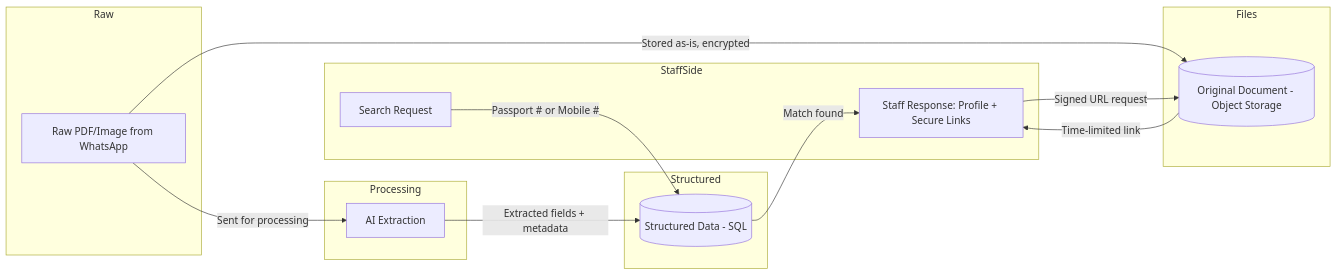
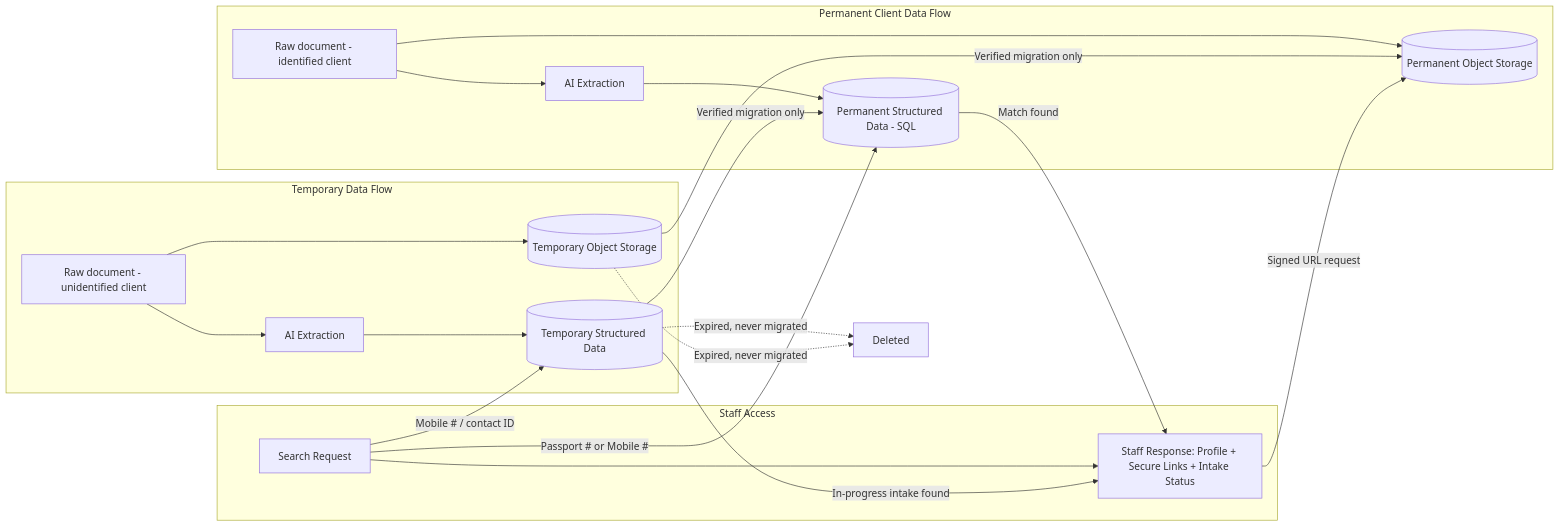
Before and after one commit to emlynk-pixel/EmlynkWABot: diagram 12 of 16 in Docs/WhatsApp-Document-Submission-Proposal.md, drawn with Mermaid. The commit also changed other lines of this file, not shown here.

Commit message:
docs: update WhatsApp-Document-Submission-Proposal.md to v2.0

````diff
--- a/Docs/WhatsApp-Document-Submission-Proposal.md
+++ b/Docs/WhatsApp-Document-Submission-Proposal.md
@@ -647,27 +961,27 @@
 ```mermaid
 flowchart LR
-    subgraph Raw
-        A[Raw PDF/Image from WhatsApp]
+    subgraph TempFlow[Temporary Data Flow]
+        A1[Raw document - unidentified client] --> B1[AI Extraction]
+        B1 --> C1[(Temporary Structured Data)]
+        A1 --> D1[(Temporary Object Storage)]
     end
-    subgraph Processing
-        B[AI Extraction]
+    subgraph PermFlow[Permanent Client Data Flow]
+        A2[Raw document - identified client] --> B2[AI Extraction]
+        B2 --> C2[(Permanent Structured Data - SQL)]
+        A2 --> D2[(Permanent Object Storage)]
     end
-    subgraph Structured
-        C[(Structured Data - SQL)]
-    end
-    subgraph Files
-        D[(Original Document - Object Storage)]
-    end
-    subgraph StaffSide
-        E[Search Request]
-        F[Staff Response: Profile + Secure Links]
+    subgraph StaffSide[Staff Access]
+        E[Search Request] --> F[Staff Response: Profile + Secure Links + Intake Status]
     end
 
-    A -->|Sent for processing| B
-    B -->|Extracted fields + metadata| C
-    A -->|Stored as-is, encrypted| D
-    E -->|Passport # or Mobile #| C
-    C -->|Match found| F
-    F -->|Signed URL request| D
-    D -->|Time-limited link| F
+    C1 -->|Verified migration only| C2
+    D1 -->|Verified migration only| D2
+    C1 -.->|Expired, never migrated| PURGE[Deleted]
+    D1 -.->|Expired, never migrated| PURGE
+
+    E -->|Passport # or Mobile #| C2
+    E -->|Mobile # / contact ID| C1
+    C2 -->|Match found| F
+    C1 -->|In-progress intake found| F
+    F -->|Signed URL request| D2
 ```
````
